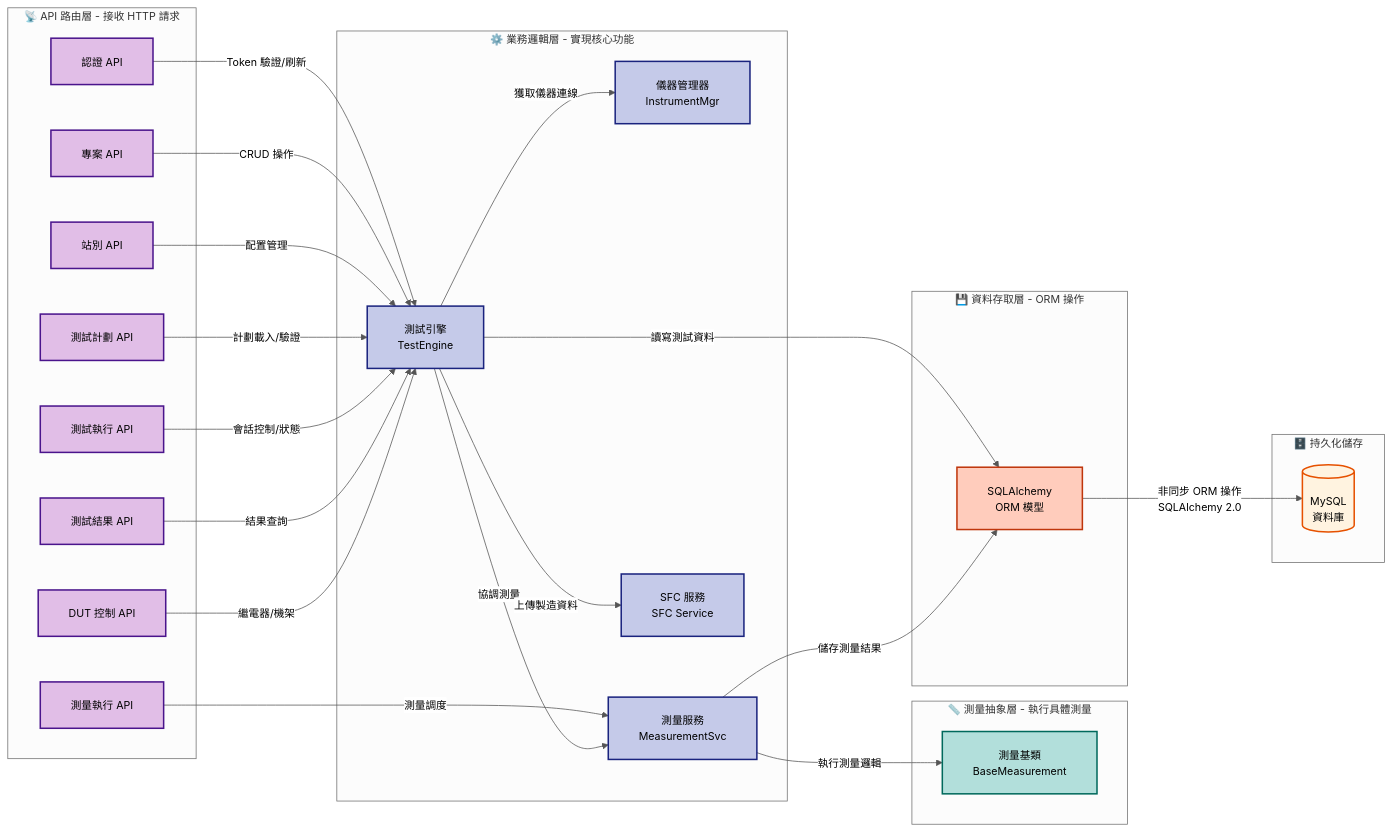
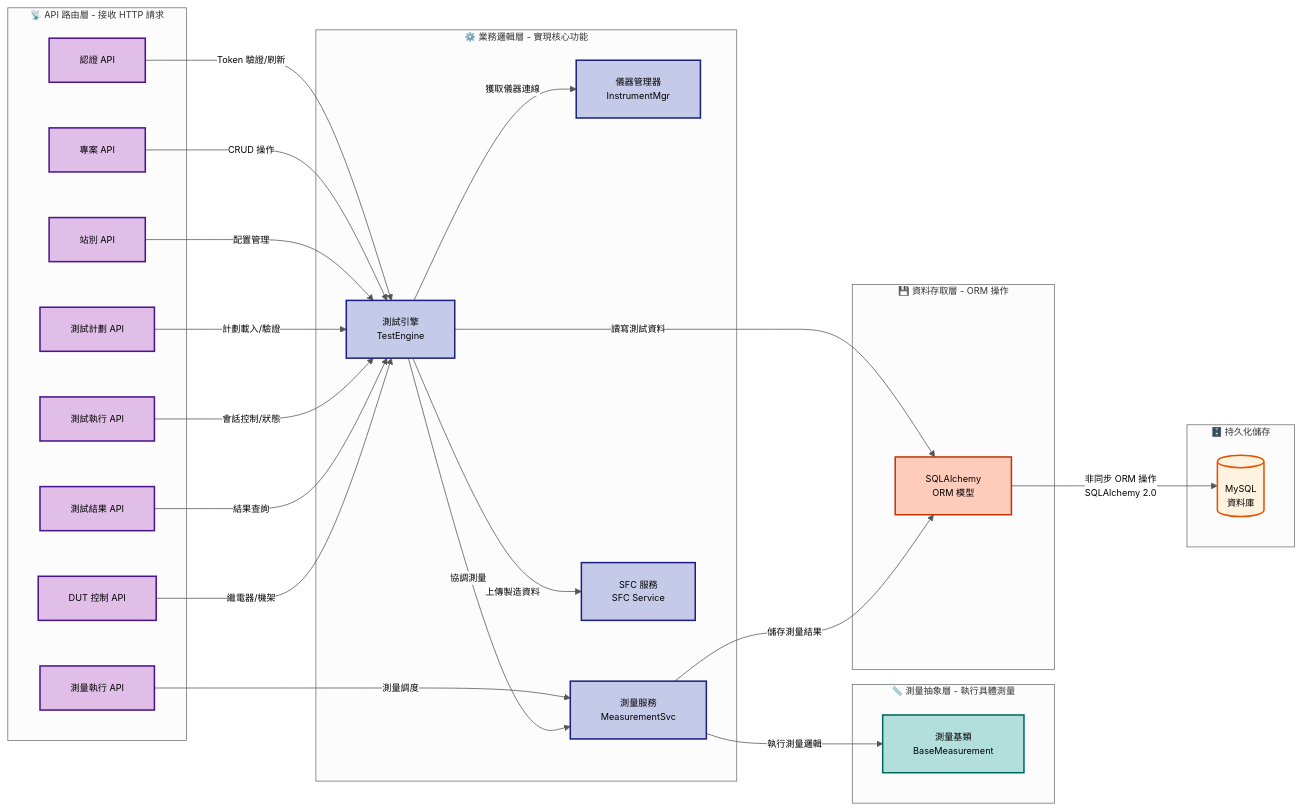
One commit to sprigga/WebPDTool changed the second of 4 diagrams in README.md. Above: the diagram before and after it, drawn with Mermaid. The commit also changed other lines of this file, not shown here.

Commit message:
docs: adjust Mermaid diagram font size to 12px
- Reduce font size from 14px to 12px for more compact diagrams
- Maintain readability while fitting more content in viewport

```diff
--- a/README.md
+++ b/README.md
@@ -211,7 +211,7 @@
 %%{init: {
   "theme": "neutral",
   "themeVariables": {
-    "fontSize": "14px",
+    "fontSize": "12px",
     "fontFamily": "Arial, Helvetica, sans-serif",
     "primaryTextColor": "#333333",
     "lineColor": "#555555",
```
